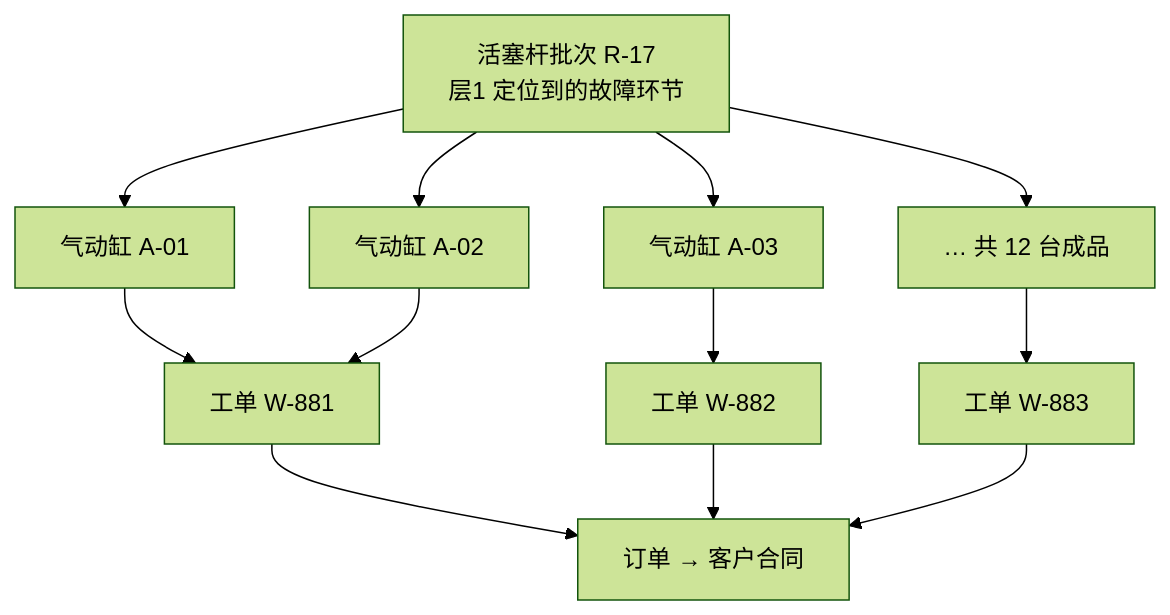
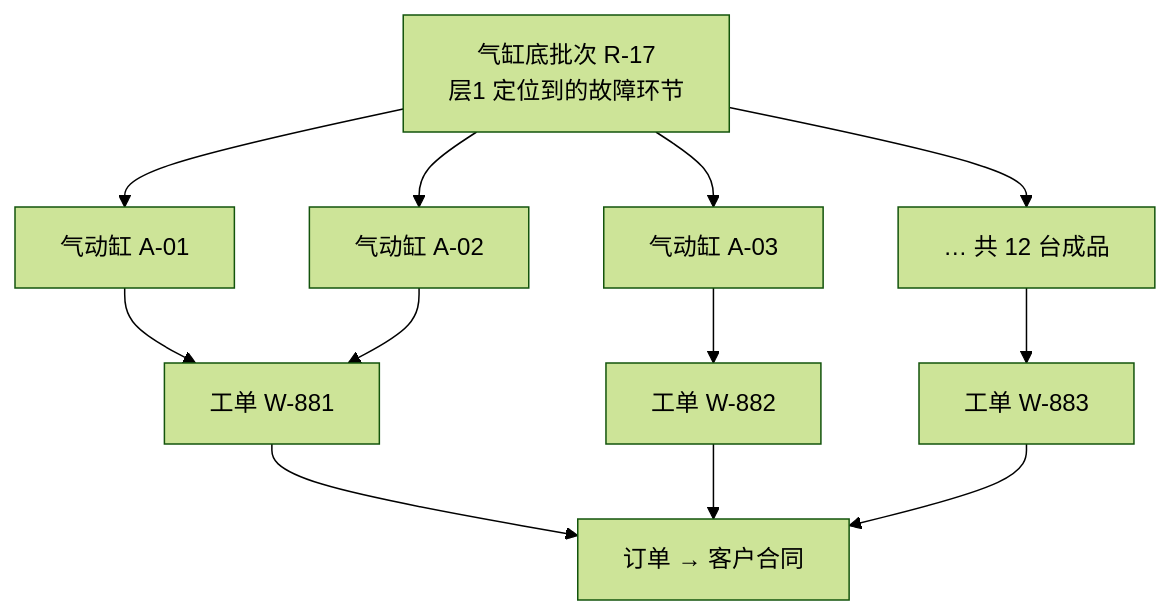
The fifth of 10 diagrams in docs/prd/goai-quality-agent-prd.md (Alex-Fleet/GOAI-Project), drawn with Mermaid (forest theme) before and after one commit. The commit also changed other lines of this file, not shown here.

````diff
--- a/docs/prd/goai-quality-agent-prd.md
+++ b/docs/prd/goai-quality-agent-prd.md
@@ -129,14 +134,14 @@
 ```mermaid
 flowchart TD
-    P["活塞杆批次 R-17<br/>层1 定位到的故障环节"] --> C1["气动缸 A-01"]
+    P["气缸底批次 R-17<br/>层1 定位到的故障环节"] --> C1["气动缸 A-01"]
     P --> C2["气动缸 A-02"]
     P --> C3["气动缸 A-03"]
     P --> CX["… 共 12 台成品"]
     C1 --> W1["工单 W-881"]
     C2 --> W1
     C3 --> W2["工单 W-882"]
     CX --> W3["工单 W-883"]
     W1 --> O["订单 → 客户合同"]
     W2 --> O
     W3 --> O
 ```
````
